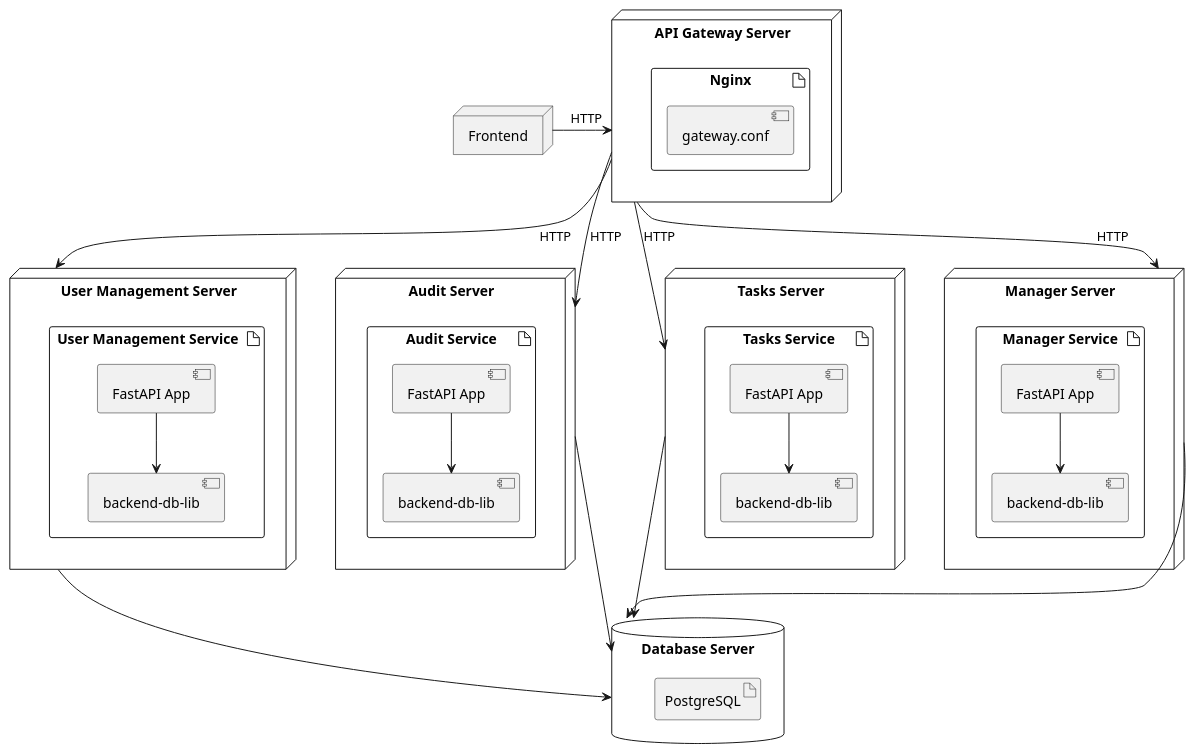
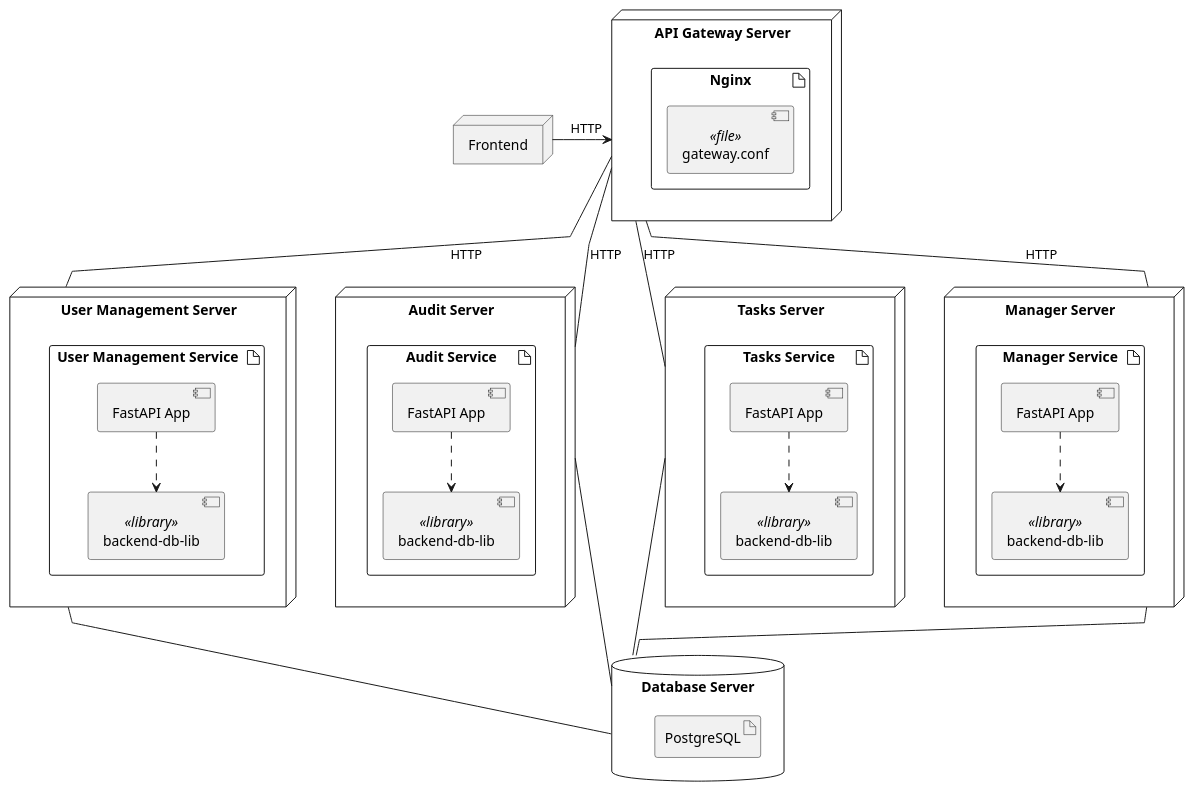
One commit to Projekt-DataScience/wiki changed the diagram in Backend/diagrams/deployment.plantuml. Above: the diagram before and after it, drawn with PlantUML. The commit also changed 2 other files, not shown here.

Commit message:
Add Stereotype, Fix arrows in deployment diagram

```diff
--- a/Backend/diagrams/deployment.plantuml
+++ b/Backend/diagrams/deployment.plantuml
@@ -1,61 +1,63 @@
 @startuml
 
 top to bottom direction
 
 node frontend as "Frontend"
 node api_gateway as "API Gateway Server" {
     artifact gateway as "Nginx" {
-        component gateway_cfg as "gateway.conf"
+        component gateway_cfg as "gateway.conf" << file >>
     }
     
 }
 
 node user_management as "User Management Server" {
     artifact u_service as "User Management Service     " {
         component u_app as "FastAPI App"
-        component u_db as "backend-db-lib"
+        component u_db as "backend-db-lib" << library >>
 
-        u_app --> u_db
+        u_app -[dashed]-> u_db
     }
 }
 node audit as "Audit Server" {
     artifact audit_service as "Audit Service" {
         component audit_app as "FastAPI App"
-        component a_db as "backend-db-lib"
+        component a_db as "backend-db-lib" << library >>
 
-        audit_app --> a_db
+        audit_app -[dashed]-> a_db
     }
 }
 node tasks as "Tasks Server" {
     artifact tasks_service as "Tasks Service" {
         component tasks_app as "FastAPI App"
-        component t_db as "backend-db-lib"
+        component t_db as "backend-db-lib" << library >>
 
-        tasks_app --> t_db
+        tasks_app -[dashed]-> t_db
     }
     
 }
 node manager as "Manager Server" {
     artifact manager_service as "Manager Service" {
-        component m_db as "backend-db-lib"
+        component m_db as "backend-db-lib" << library >>
         component manager_app as "FastAPI App"
 
-        manager_app --> m_db
+        manager_app -[dashed]-> m_db
     }
 } 
 database database as "Database Server" {
     artifact postgresql as "PostgreSQL"
 }
 
+skinparam linetype polyline
+
 frontend -> api_gateway : HTTP
-api_gateway --> user_management: HTTP
-api_gateway --> audit: HTTP
-api_gateway --> tasks: HTTP
-api_gateway --> manager: HTTP
+api_gateway -- user_management: HTTP
+api_gateway -- audit: HTTP
+api_gateway -- tasks: HTTP
+api_gateway -- manager: HTTP
 
-user_management ---> database
-audit ---> database 
-tasks ---> database 
-manager ---> database 
+user_management --- database
+audit --- database 
+tasks --- database
+manager --- database 
 
 @enduml
```
